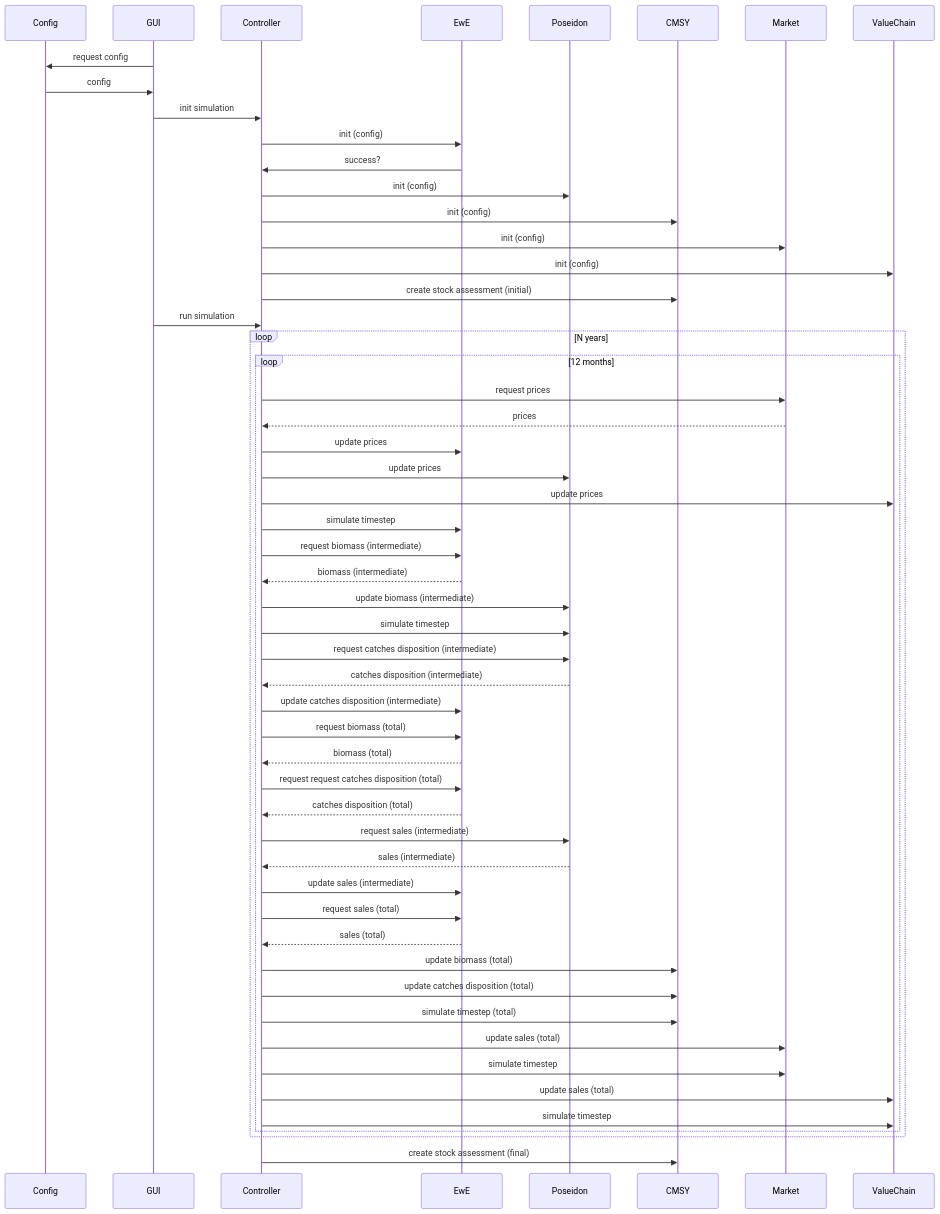
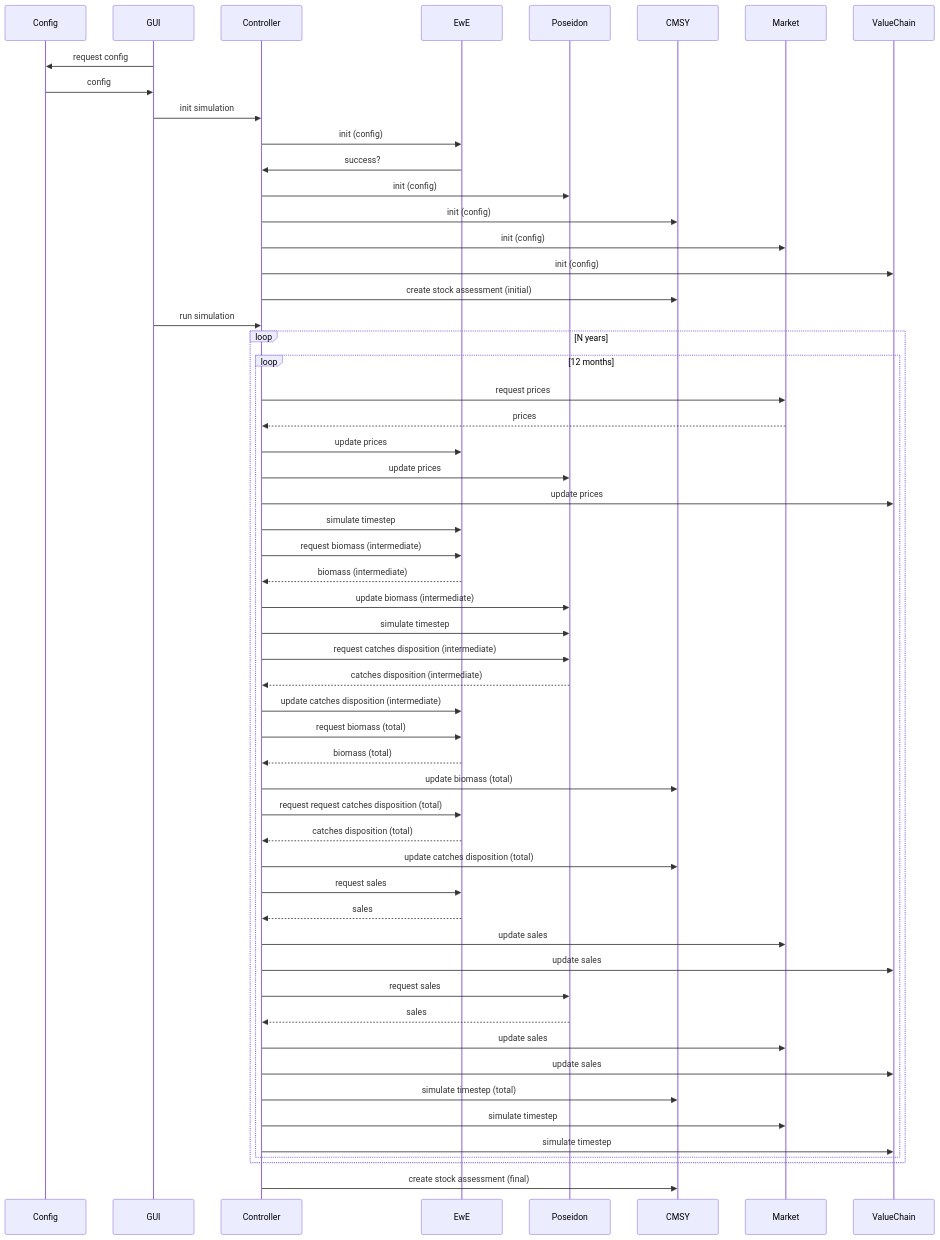
The diagram in SequenceDiagram.md (SURIMI-Project/SURIMI-project), drawn with Mermaid before and after one commit.

Commit message:
Update SequenceDiagram.md
EwE will not tally sales - that made little sense

````diff
--- a/SequenceDiagram.md
+++ b/SequenceDiagram.md
@@ -3,67 +3,72 @@
 ```mermaid
 
  sequenceDiagram
 
     participant Config
     participant GUI
     participant Controller
     participant EwE
     participant Poseidon
     participant CMSY
     participant Market
     participant ValueChain
 
     %% Initialization %%
     %% this is the init %%
     GUI ->> Config: request config
     Config ->> GUI: config
     GUI ->> Controller: init simulation
 
     Controller ->> EwE: init (config)
     EwE ->> Controller: success?
     Controller ->> Poseidon: init (config)
     Controller ->> CMSY: init (config)
     Controller ->> Market: init (config)
     Controller ->> ValueChain: init (config)
 
     Controller ->> CMSY: create stock assessment (initial)
 
     %% Simulation %%
     %% starting the simulation %%
     GUI ->> Controller: run simulation
 
     loop N years
         loop 12 months
             Controller ->> Market: request prices
             Market -->> Controller: prices
             Controller ->> EwE: update prices
             Controller ->> Poseidon: update prices
             Controller ->> ValueChain: update prices
             Controller ->> EwE: simulate timestep
             Controller ->> EwE: request biomass (intermediate)
             EwE -->> Controller: biomass (intermediate)
             Controller ->> Poseidon: update biomass (intermediate)
             Controller ->> Poseidon: simulate timestep
             Controller ->> Poseidon: request catches disposition (intermediate) 
             Poseidon -->> Controller: catches disposition (intermediate)
             Controller ->> EwE: update catches disposition (intermediate)
+
             Controller ->> EwE: request biomass (total)
             EwE -->> Controller: biomass (total)
+            Controller ->> CMSY: update biomass (total)
             Controller ->> EwE: request request catches disposition (total) 
             EwE -->> Controller: catches disposition (total)
-            Controller ->> Poseidon: request sales (intermediate)
-            Poseidon -->> Controller: sales (intermediate)
-            Controller ->> EwE: update sales (intermediate)
-            Controller ->> EwE: request sales (total)
-            EwE -->> Controller: sales (total)
-            Controller ->> CMSY: update biomass (total)
             Controller ->> CMSY: update catches disposition (total)
+
+            Controller ->> EwE: request sales
+            EwE -->> Controller: sales
+            Controller ->> Market: update sales
+            Controller ->> ValueChain: update sales
+
+            Controller ->> Poseidon: request sales
+            Poseidon -->> Controller: sales
+            Controller ->> Market: update sales
+            Controller ->> ValueChain: update sales
+
             Controller ->> CMSY: simulate timestep (total)
-            Controller ->> Market: update sales (total)
             Controller ->> Market: simulate timestep
-            Controller ->> ValueChain: update sales (total)
             Controller ->> ValueChain: simulate timestep
         end
     end
     Controller ->> CMSY: create stock assessment (final) 
 ```
````
